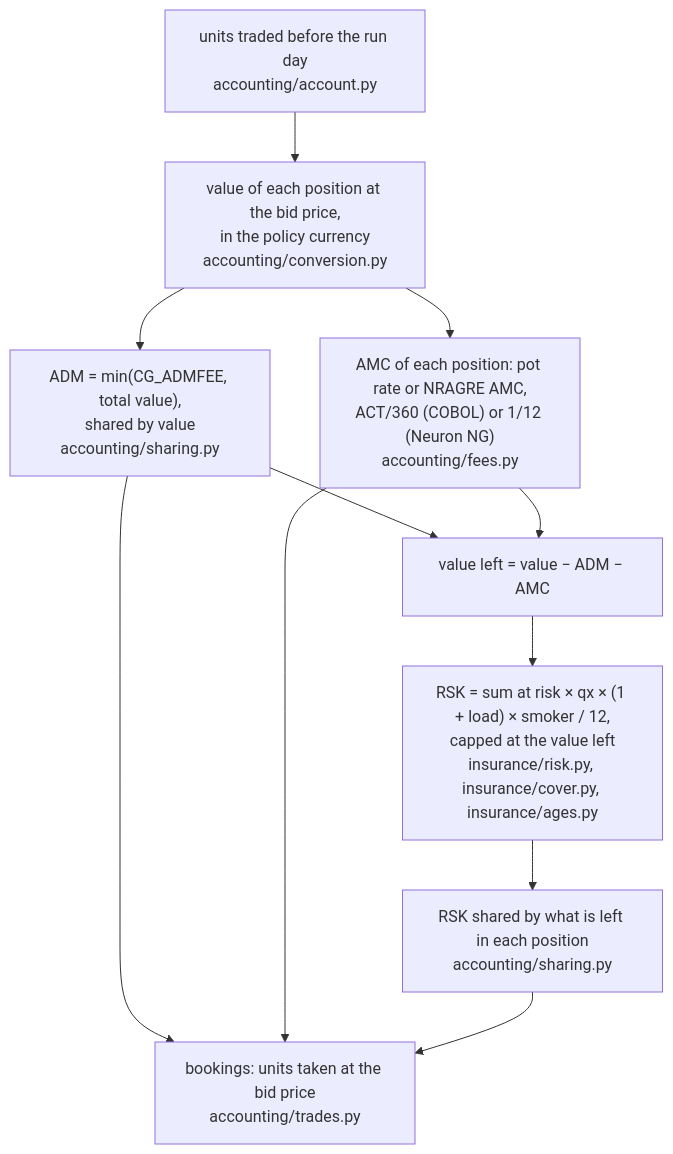
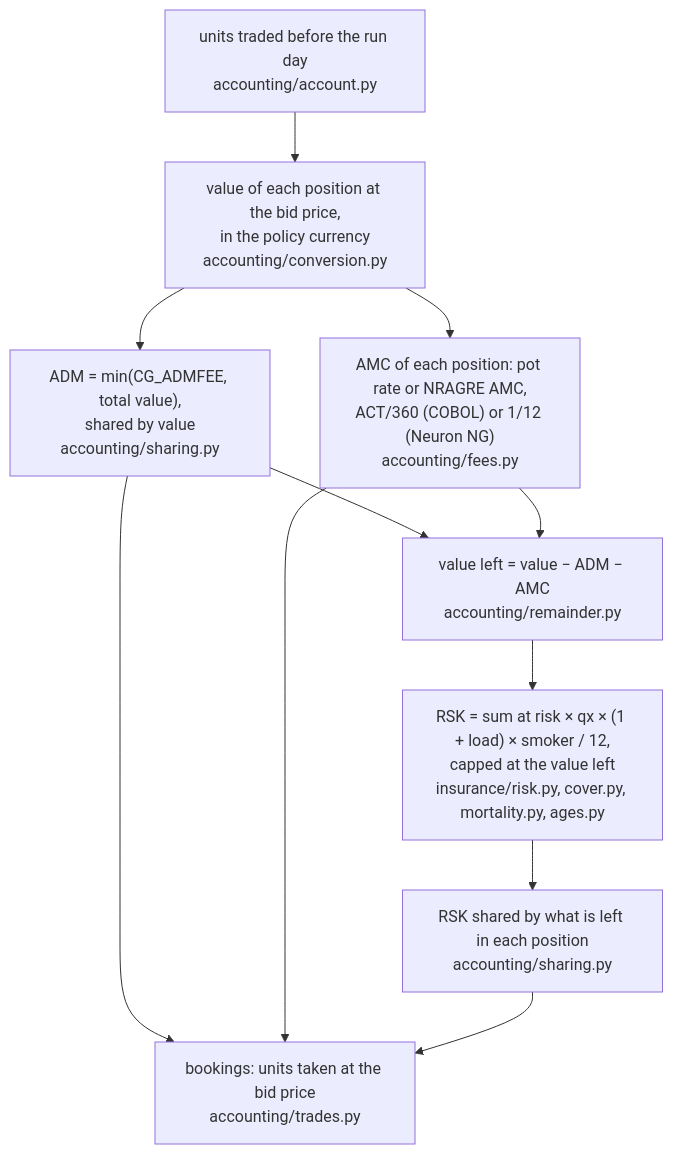
One commit to neural-wave/ch-Fable-7.4 changed the third of 3 diagrams in my_solution/ARCHITECTURE.md. Above: the diagram before and after it, drawn with Mermaid. The commit also changed other lines of this file and 2 other files, not shown here.

````diff
--- a/my_solution/ARCHITECTURE.md
+++ b/my_solution/ARCHITECTURE.md
@@ -188,13 +201,13 @@
 ```mermaid
 flowchart TD
     units["units traded before the run day<br/>accounting/account.py"] --> values["value of each position at the bid price,<br/>in the policy currency<br/>accounting/conversion.py"]
     values --> adm["ADM = min(CG_ADMFEE, total value),<br/>shared by value<br/>accounting/sharing.py"]
     values --> amc["AMC of each position: pot rate or NRAGRE AMC,<br/>ACT/360 (COBOL) or 1/12 (Neuron NG)<br/>accounting/fees.py"]
-    adm --> left["value left = value − ADM − AMC"]
+    adm --> left["value left = value − ADM − AMC<br/>accounting/remainder.py"]
     amc --> left
-    left --> rsk["RSK = sum at risk × qx × (1 + load) × smoker / 12,<br/>capped at the value left<br/>insurance/risk.py, insurance/cover.py, insurance/ages.py"]
+    left --> rsk["RSK = sum at risk × qx × (1 + load) × smoker / 12,<br/>capped at the value left<br/>insurance/risk.py, cover.py, mortality.py, ages.py"]
     rsk --> split["RSK shared by what is left in each position<br/>accounting/sharing.py"]
     adm --> book["bookings: units taken at the bid price<br/>accounting/trades.py"]
     amc --> book
     split --> book
 ```
````
